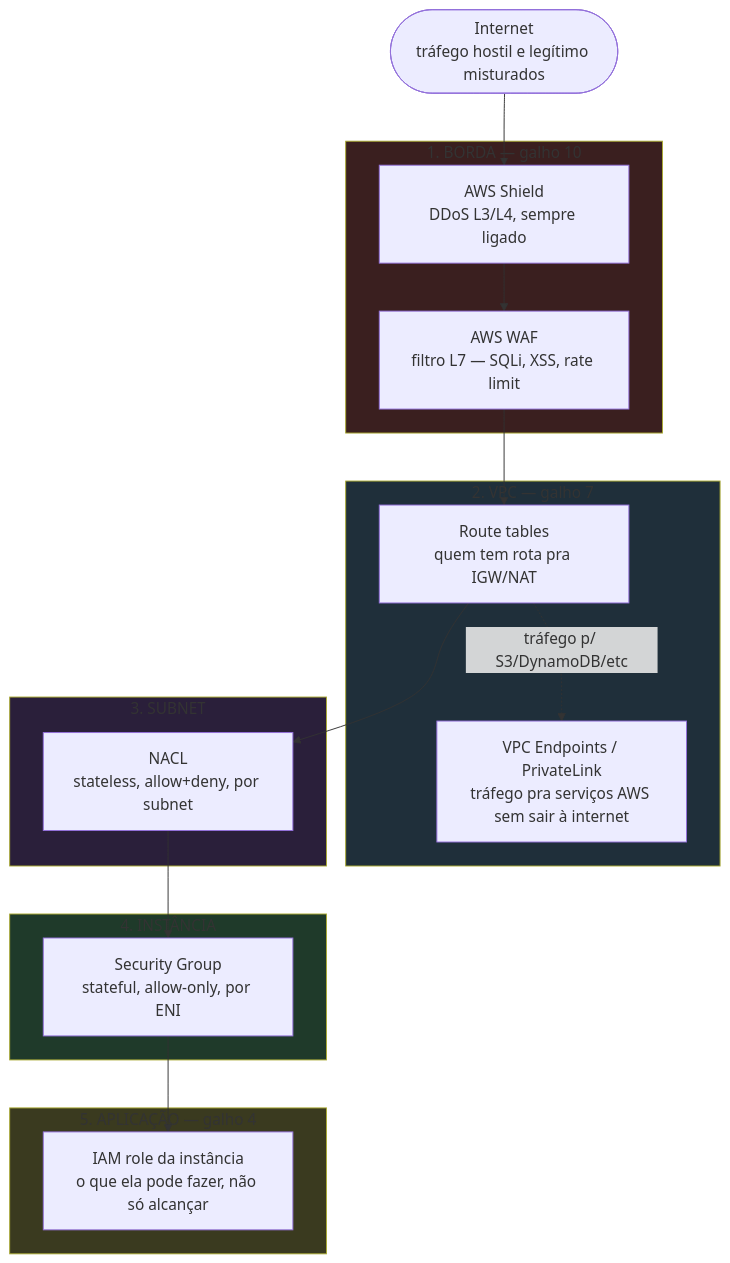
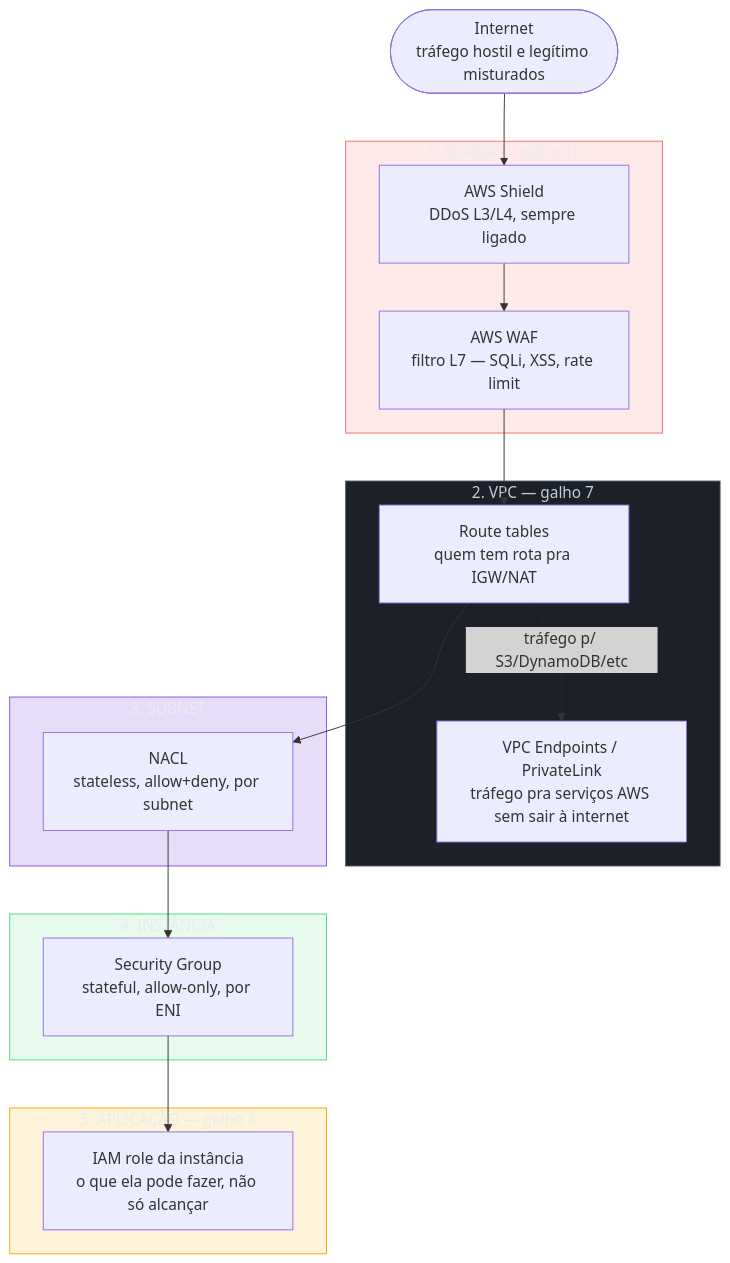
The first of 3 diagrams in 03-Dominios/Tecnologia/Cloud/18 - Segurança na cloud a fundo/04 - Segurança de rede e perímetro.md (josenaldo/codex-technomanticus), drawn with Mermaid before and after one commit. The commit also changed other lines of this file and 1181 other files, not shown here.

First line of the commit message:
fix(diagramas): paleta do sistema no lugar de cor cravada no markdown

````diff
--- a/03-Dominios/Tecnologia/Cloud/18 - Segurança na cloud a fundo/04 - Segurança de rede e perímetro.md
+++ b/03-Dominios/Tecnologia/Cloud/18 - Segurança na cloud a fundo/04 - Segurança de rede e perímetro.md
@@ -28,36 +28,41 @@
 ```mermaid
 flowchart TB
+    classDef falha fill:#FF6B6B24,stroke:#FF6B6B,color:#E9ECF2
+    classDef neutro fill:#1B2029,stroke:#4E5666,color:#C6CCD8
+    classDef marca fill:#8855DF33,stroke:#8855DF,color:#E9ECF2
+    classDef ok fill:#4ADE8021,stroke:#4ADE80,color:#E9ECF2
+    classDef destaque fill:#FFAA0024,stroke:#FFAA00,color:#E9ECF2
     Internet(["Internet<br/>tráfego hostil e legítimo misturados"])
 
     subgraph Borda["1. BORDA — galho 10"]
         Shield["AWS Shield<br/>DDoS L3/L4, sempre ligado"]
         WAF["AWS WAF<br/>filtro L7 — SQLi, XSS, rate limit"]
     end
 
     subgraph VPCL["2. VPC — galho 7"]
         RT["Route tables<br/>quem tem rota pra IGW/NAT"]
         EP["VPC Endpoints / PrivateLink<br/>tráfego pra serviços AWS sem sair à internet"]
     end
 
     subgraph SubL["3. SUBNET"]
         NACL["NACL<br/>stateless, allow+deny, por subnet"]
     end
 
     subgraph InstL["4. INSTÂNCIA"]
         SG["Security Group<br/>stateful, allow-only, por ENI"]
     end
 
     subgraph AppL["5. APLICAÇÃO — galho 4"]
         IAM["IAM role da instância<br/>o que ela pode fazer, não só alcançar"]
     end
 
     Internet --> Shield --> WAF --> RT
     RT --> NACL --> SG --> IAM
     RT -.tráfego p/ S3/DynamoDB/etc.-> EP
 
-    style Borda fill:#3a1f1f
-    style VPCL fill:#1f2f3a
-    style SubL fill:#2a1f3a
-    style InstL fill:#1f3a2a
-    style AppL fill:#3a3a1f
+    class Borda falha
+    class VPCL neutro
+    class SubL marca
+    class InstL ok
+    class AppL destaque
 ```
````
